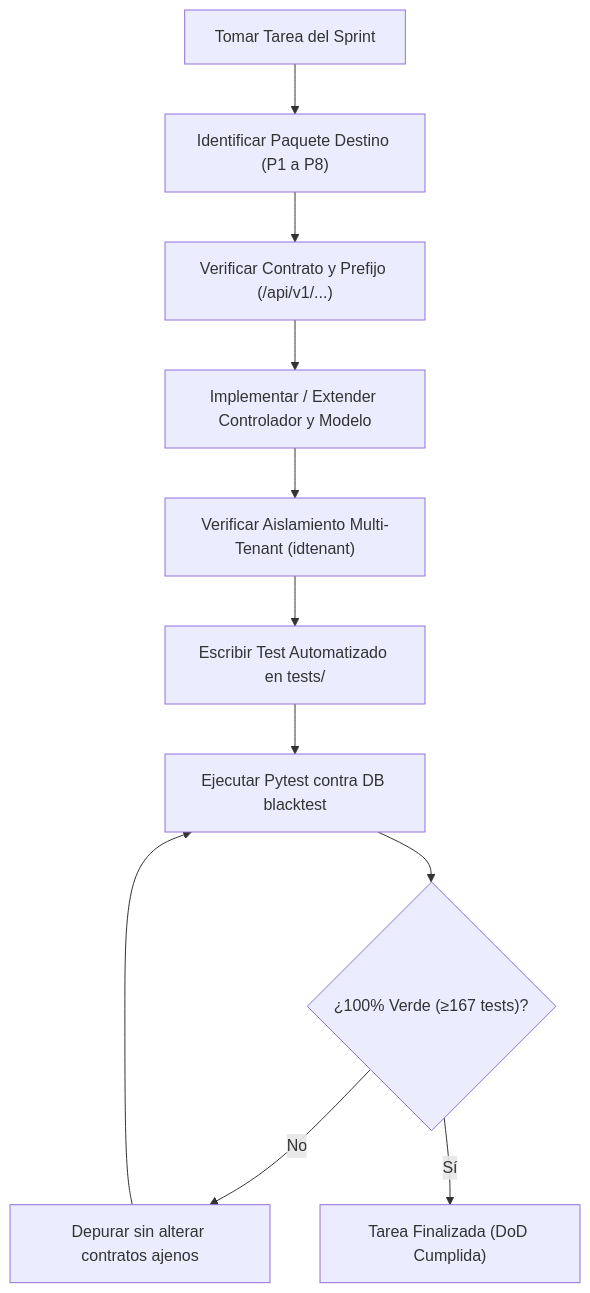
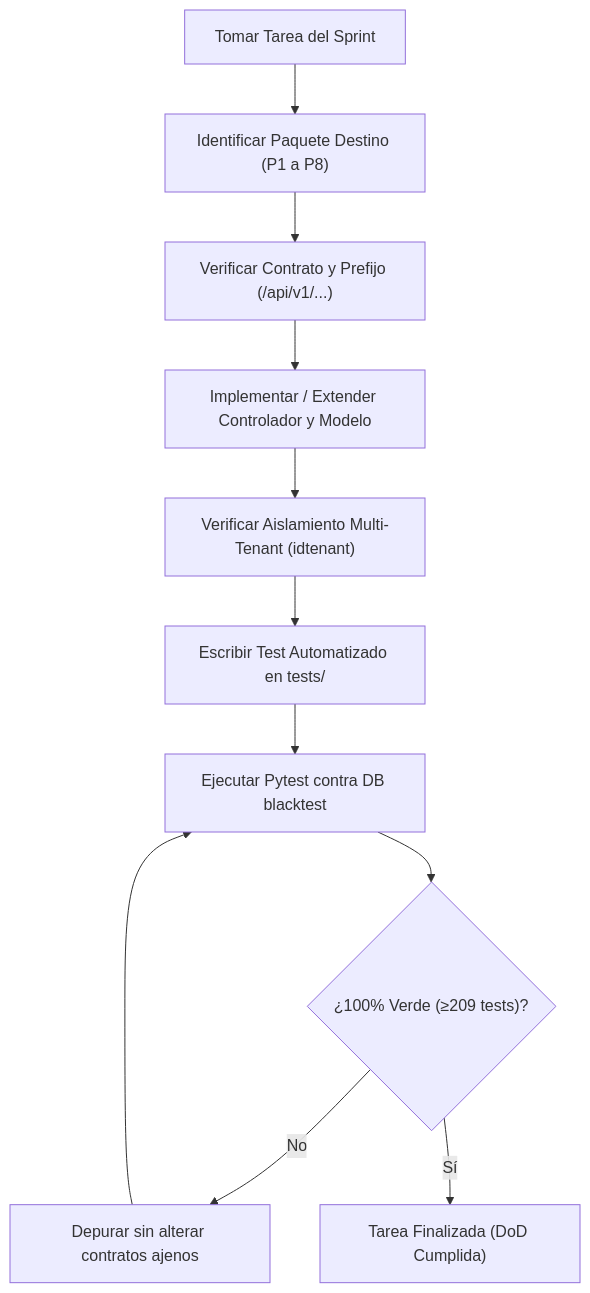
One commit to RafaelLMCHO/Grupo5_si2 changed the diagram in docs/IMPLEMENTATION_PHASES.md. Above: the diagram before and after it, drawn with Mermaid. The commit also changed other lines of this file and 54 other files, not shown here.

````diff
--- a/docs/IMPLEMENTATION_PHASES.md
+++ b/docs/IMPLEMENTATION_PHASES.md
@@ -149,12 +150,12 @@
 ```mermaid
 flowchart TD
     Start["Tomar Tarea del Sprint"] --> Step1["Identificar Paquete Destino (P1 a P8)"]
     Step1 --> Step2["Verificar Contrato y Prefijo (/api/v1/...)"]
     Step2 --> Step3["Implementar / Extender Controlador y Modelo"]
     Step3 --> Step4["Verificar Aislamiento Multi-Tenant (idtenant)"]
     Step4 --> Step5["Escribir Test Automatizado en tests/"]
     Step5 --> Step6["Ejecutar Pytest contra DB blacktest"]
-    Step6 --> Decision{"¿100% Verde (≥167 tests)?"}
+    Step6 --> Decision{"¿100% Verde (≥209 tests)?"}
     Decision -- No --> Fix["Depurar sin alterar contratos ajenos"] --> Step6
     Decision -- Sí --> Done["Tarea Finalizada (DoD Cumplida)"]
 ```
````
